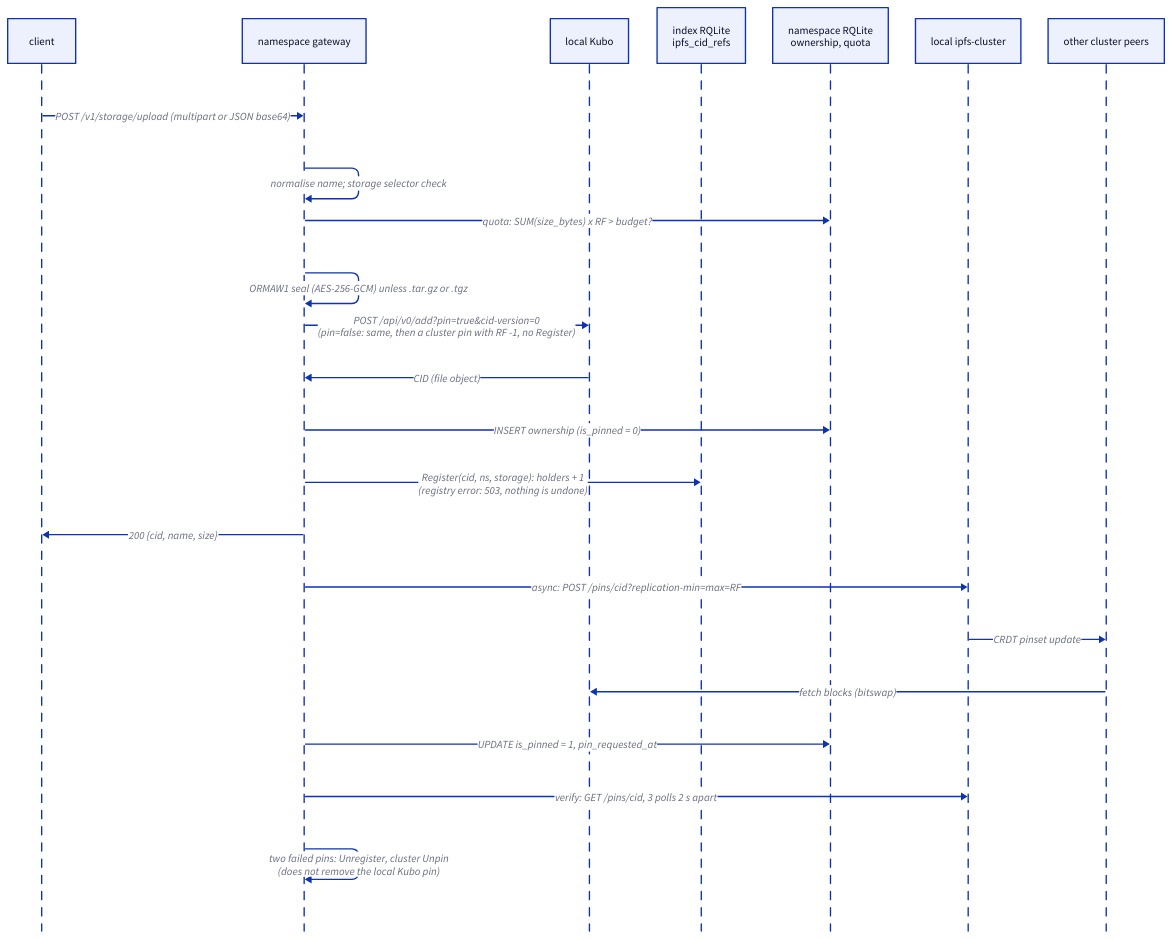
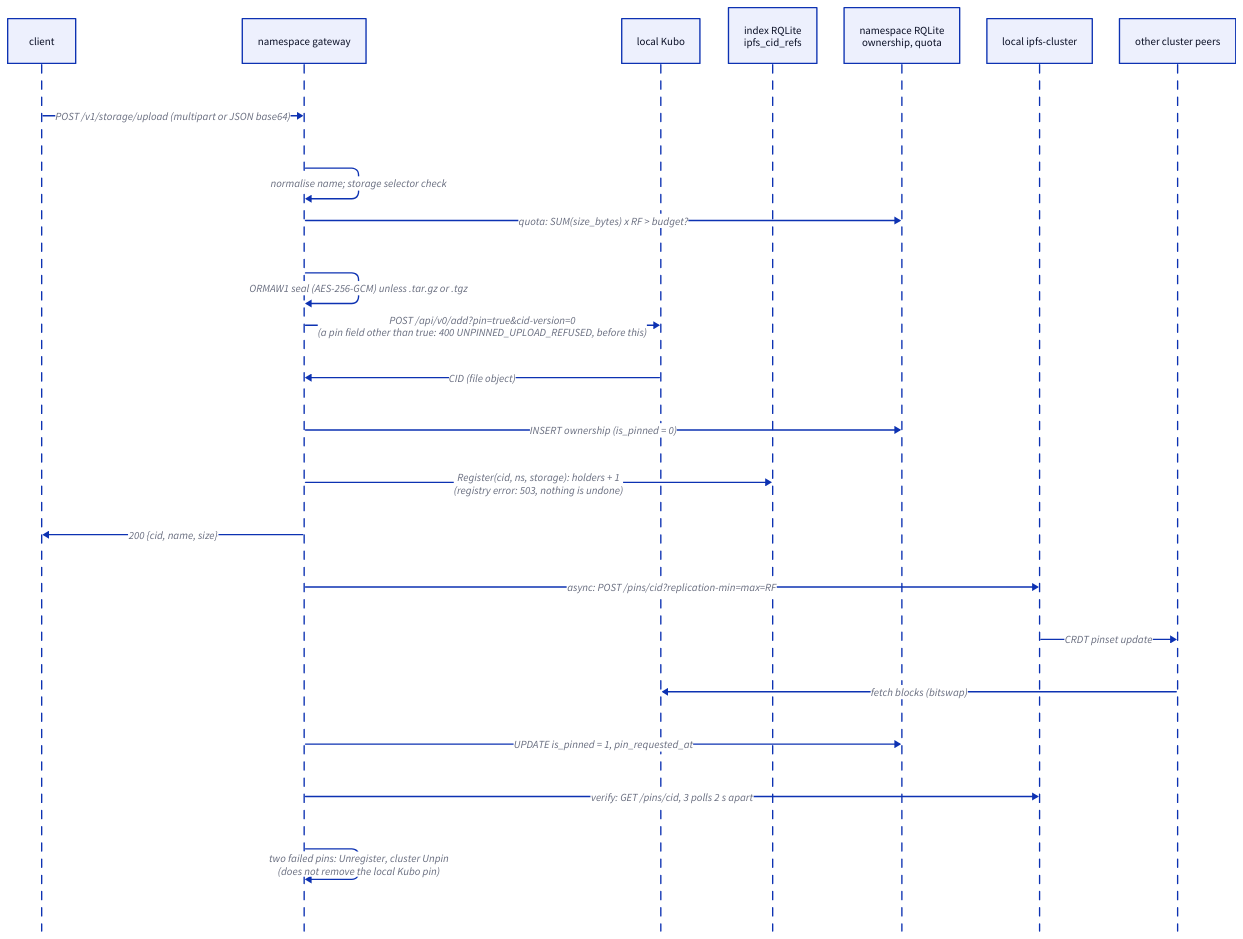
One commit to DeBrosOfficial/network changed the diagram in docs/whitepaper/technical-reference/diagrams/ch19-upload.d2. Above: the diagram before and after it, drawn with D2. The commit also changed 13 other files, not shown here.

First line of the commit message:
feat(storage)!: every upload is pinned; pin=false is refused (bug-432)

```diff
--- a/docs/whitepaper/technical-reference/diagrams/ch19-upload.d2
+++ b/docs/whitepaper/technical-reference/diagrams/ch19-upload.d2
@@ -1,25 +1,25 @@
 shape: sequence_diagram
 
 client: "client"
 gw: "namespace gateway"
 kubo: "local Kubo"
 refs: "index RQLite\nipfs_cid_refs"
 own: "namespace RQLite\nownership, quota"
 cluster: "local ipfs-cluster"
 peers: "other cluster peers"
 
 client -> gw: "POST /v1/storage/upload (multipart or JSON base64)"
 gw -> gw: "normalise name; storage selector check"
 gw -> own: "quota: SUM(size_bytes) x RF > budget?"
 gw -> gw: "ORMAW1 seal (AES-256-GCM) unless .tar.gz or .tgz"
-gw -> kubo: "POST /api/v0/add?pin=true&cid-version=0\n(pin=false: same, then a cluster pin with RF -1, no Register)"
+gw -> kubo: "POST /api/v0/add?pin=true&cid-version=0\n(a pin field other than true: 400 UNPINNED_UPLOAD_REFUSED, before this)"
 kubo -> gw: "CID (file object)"
 gw -> own: "INSERT ownership (is_pinned = 0)"
 gw -> refs: "Register(cid, ns, storage): holders + 1\n(registry error: 503, nothing is undone)"
 gw -> client: "200 {cid, name, size}"
 gw -> cluster: "async: POST /pins/cid?replication-min=max=RF"
 cluster -> peers: "CRDT pinset update"
 peers -> kubo: "fetch blocks (bitswap)"
 gw -> own: "UPDATE is_pinned = 1, pin_requested_at"
 gw -> cluster: "verify: GET /pins/cid, 3 polls 2 s apart"
 gw -> gw: "two failed pins: Unregister, cluster Unpin\n(does not remove the local Kubo pin)"
```
